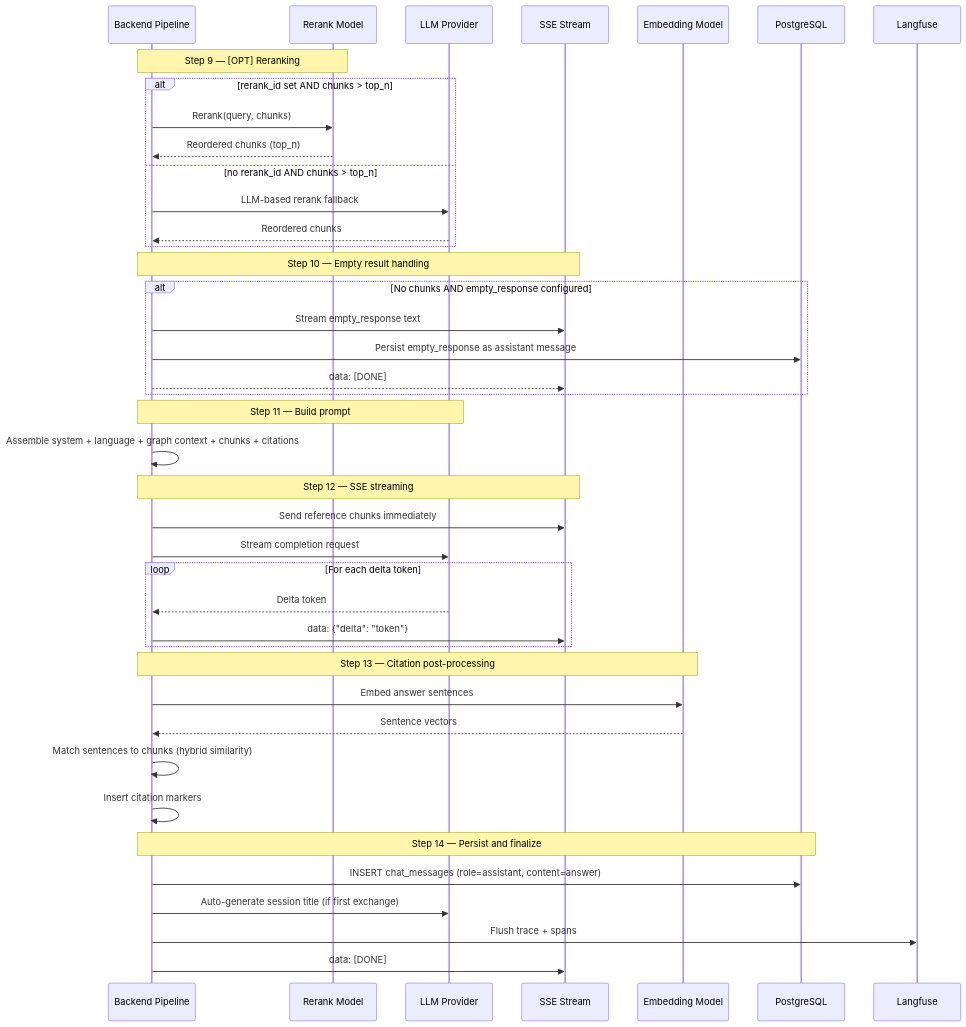
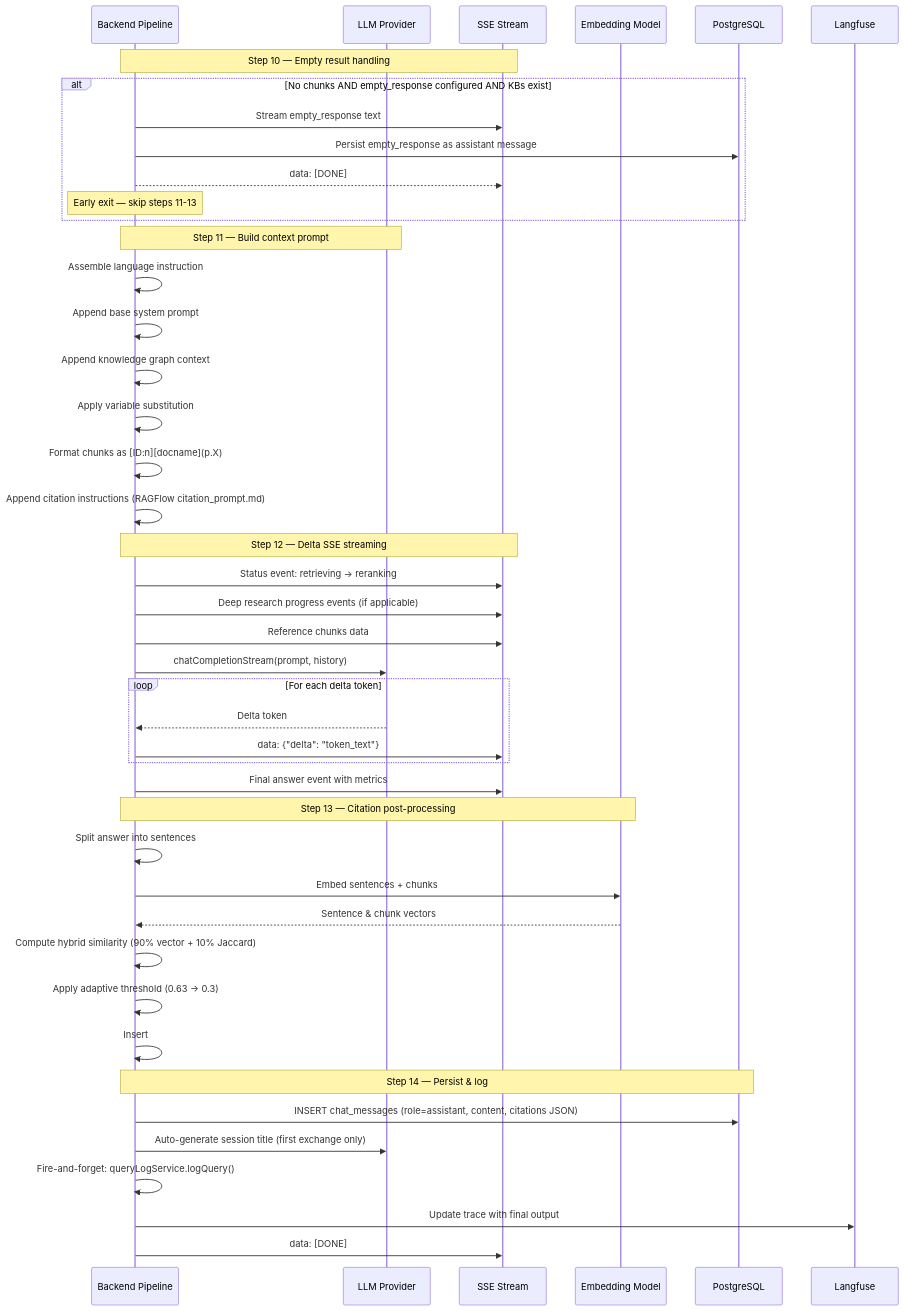
One commit to b-knowledge-solution/b-knowledge changed the first of 4 diagrams in docs/detail-design/chat-completion-generation.md. Above: the diagram before and after it, drawn with Mermaid. The commit also changed other lines of this file and 1 other file, not shown here.

First line of the commit message:
docs: add chat completion generation and GraphRAG detail-design docs

````diff
--- a/docs/detail-design/chat-completion-generation.md
+++ b/docs/detail-design/chat-completion-generation.md
@@ -9,49 +9,51 @@
 ```mermaid
 sequenceDiagram
     participant BE as Backend Pipeline
-    participant Rerank as Rerank Model
     participant LLM as LLM Provider
     participant SSE as SSE Stream
     participant Embed as Embedding Model
     participant DB as PostgreSQL
     participant Langfuse as Langfuse
 
-    Note over BE,Rerank: Step 9 — [OPT] Reranking
-    alt rerank_id set AND chunks > top_n
-        BE->>Rerank: Rerank(query, chunks)
-        Rerank-->>BE: Reordered chunks (top_n)
-    else no rerank_id AND chunks > top_n
-        BE->>LLM: LLM-based rerank fallback
-        LLM-->>BE: Reordered chunks
-    end
-
     Note over BE,SSE: Step 10 — Empty result handling
-    alt No chunks AND empty_response configured
+    alt No chunks AND empty_response configured AND KBs exist
         BE->>SSE: Stream empty_response text
         BE->>DB: Persist empty_response as assistant message
         BE-->>SSE: data: [DONE]
+        Note over BE: Early exit — skip steps 11-13
     end
 
-    Note over BE,LLM: Step 11 — Build prompt
-    BE->>BE: Assemble system + language + graph context + chunks + citations
+    Note over BE,LLM: Step 11 — Build context prompt
+    BE->>BE: Assemble language instruction
+    BE->>BE: Append base system prompt
+    BE->>BE: Append knowledge graph context
+    BE->>BE: Apply variable substitution
+    BE->>BE: Format chunks as [ID:n][docname](p.X)
+    BE->>BE: Append citation instructions (RAGFlow citation_prompt.md)
 
-    Note over BE,SSE: Step 12 — SSE streaming
-    BE->>SSE: Send reference chunks immediately
-    BE->>LLM: Stream completion request
+    Note over BE,SSE: Step 12 — Delta SSE streaming
+    BE->>SSE: Status event: retrieving → reranking
+    BE->>SSE: Deep research progress events (if applicable)
+    BE->>SSE: Reference chunks data
+    BE->>LLM: chatCompletionStream(prompt, history)
     loop For each delta token
         LLM-->>BE: Delta token
-        BE->>SSE: data: {"delta": "token"}
+        BE->>SSE: data: {"delta": "token_text"}
     end
+    BE->>SSE: Final answer event with metrics
 
     Note over BE,Embed: Step 13 — Citation post-processing
-    BE->>Embed: Embed answer sentences
-    Embed-->>BE: Sentence vectors
-    BE->>BE: Match sentences to chunks (hybrid similarity)
-    BE->>BE: Insert citation markers ##ID:n$$
+    BE->>BE: Split answer into sentences
+    BE->>Embed: Embed sentences + chunks
+    Embed-->>BE: Sentence & chunk vectors
+    BE->>BE: Compute hybrid similarity (90% vector + 10% Jaccard)
+    BE->>BE: Apply adaptive threshold (0.63 → 0.3)
+    BE->>BE: Insert ##ID:n$$ citation markers
 
-    Note over BE,DB: Step 14 — Persist and finalize
-    BE->>DB: INSERT chat_messages (role=assistant, content=answer)
-    BE->>LLM: Auto-generate session title (if first exchange)
-    BE->>Langfuse: Flush trace + spans
+    Note over BE,DB: Step 14 — Persist & log
+    BE->>DB: INSERT chat_messages (role=assistant, content, citations JSON)
+    BE->>LLM: Auto-generate session title (first exchange only)
+    BE->>BE: Fire-and-forget: queryLogService.logQuery()
+    BE->>Langfuse: Update trace with final output
     BE->>SSE: data: [DONE]
 ```
````
